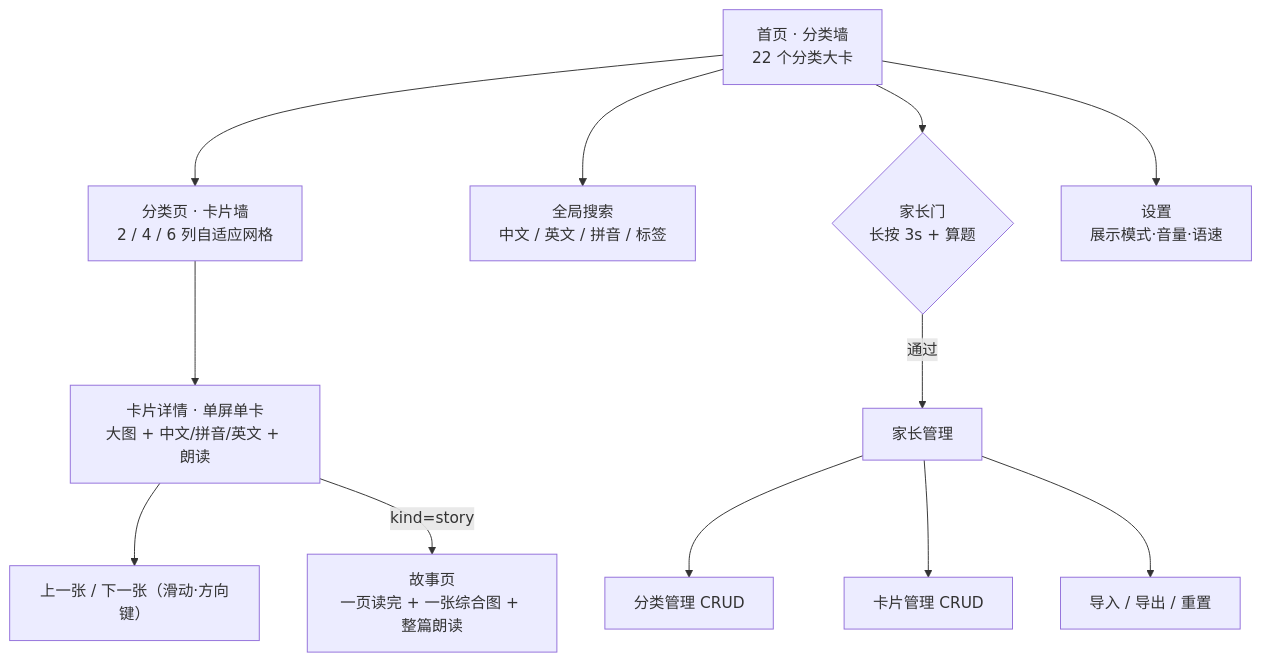
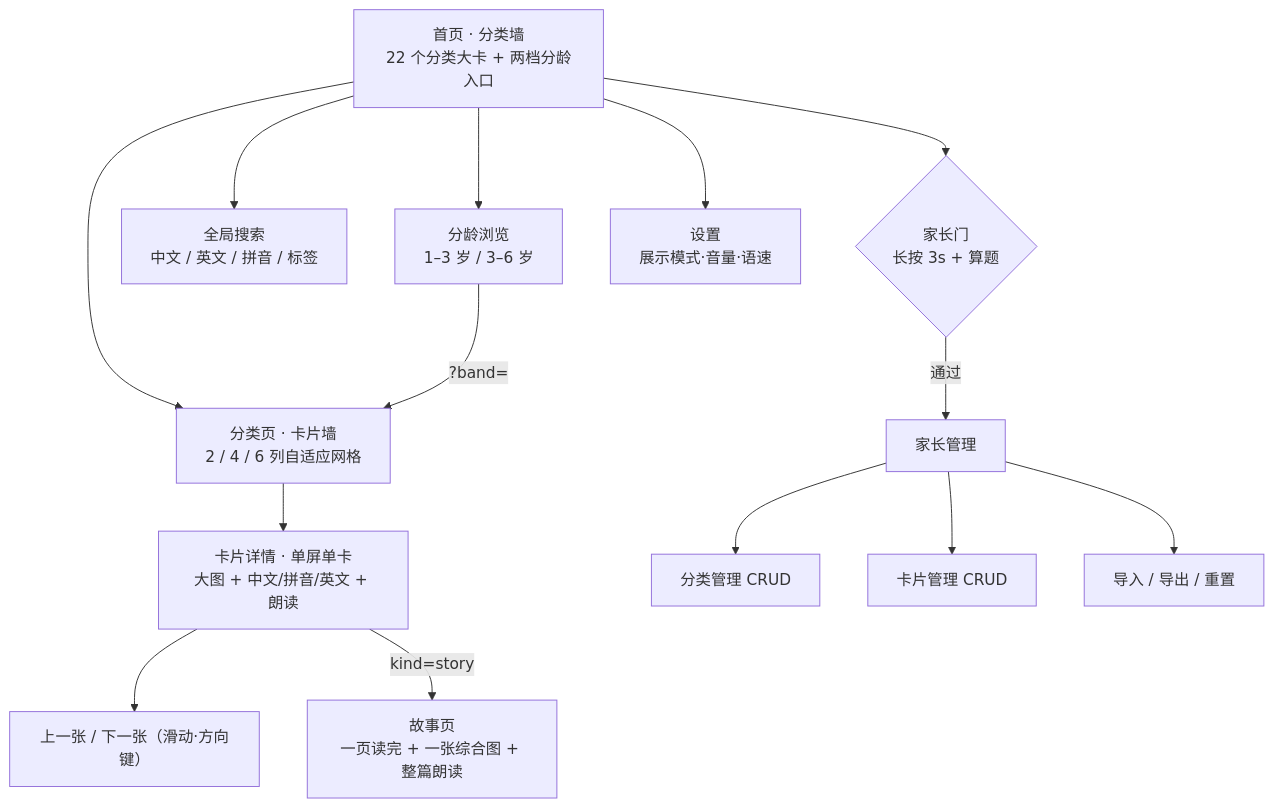
One commit to yanghaiji/early-learn changed the diagram in FR/README.md. Above: the diagram before and after it, drawn with Mermaid. The commit also changed other lines of this file and 24 other files, not shown here.

````diff
--- a/FR/README.md
+++ b/FR/README.md
@@ -50,14 +51,16 @@
 ```mermaid
 graph TD
-    Home["首页 · 分类墙<br/>22 个分类大卡"] --> Cat["分类页 · 卡片墙<br/>2 / 4 / 6 列自适应网格"]
+    Home["首页 · 分类墙<br/>22 个分类大卡 + 两档分龄入口"] --> Cat["分类页 · 卡片墙<br/>2 / 4 / 6 列自适应网格"]
+    Home --> Age["分龄浏览<br/>1–3 岁 / 3–6 岁"]
+    Age -->|"?band="| Cat
     Cat --> Detail["卡片详情 · 单屏单卡<br/>大图 + 中文/拼音/英文 + 朗读"]
     Detail --> Nav["上一张 / 下一张（滑动·方向键）"]
     Detail -->|kind=story| Story["故事页<br/>一页读完 + 一张综合图 + 整篇朗读"]
     Home --> Search["全局搜索<br/>中文 / 英文 / 拼音 / 标签"]
     Home --> Gate{"家长门<br/>长按 3s + 算题"}
     Gate -->|通过| Admin["家长管理"]
     Admin --> CatM["分类管理 CRUD"]
     Admin --> CardM["卡片管理 CRUD"]
     Admin --> DataM["导入 / 导出 / 重置"]
     Home --> Set["设置<br/>展示模式·音量·语速"]
 ```
````
